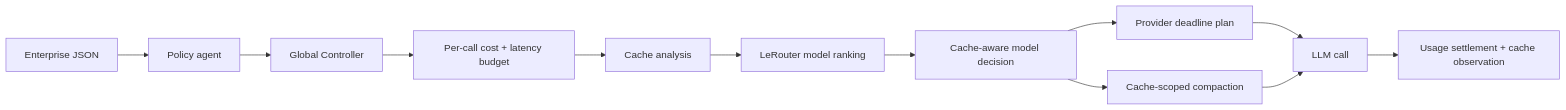
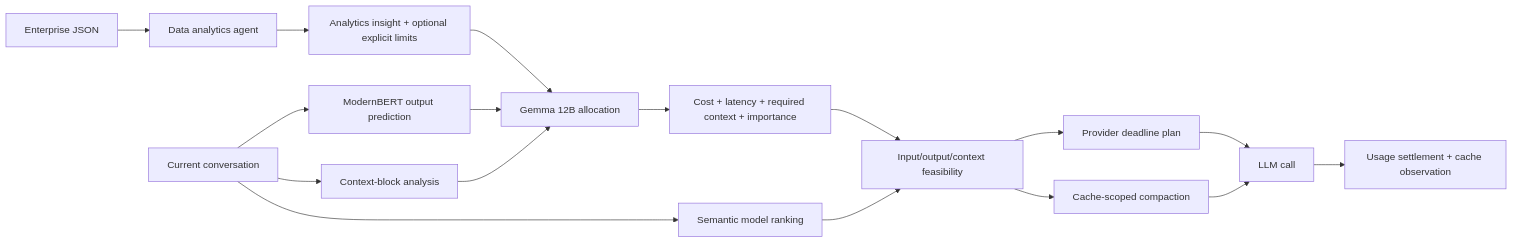
One commit to PythonIaMath/PromptRail changed the diagram in README.md. Above: the diagram before and after it, drawn with Mermaid. The commit also changed other lines of this file and 66 other files, not shown here.

````diff
--- a/README.md
+++ b/README.md
@@ -24,14 +31,19 @@
 ```mermaid
 flowchart LR
-    JSON[Enterprise JSON] --> PA[Policy agent]
-    PA --> GC[Global Controller]
-    GC --> B[Per-call cost + latency budget]
-    B --> C[Cache analysis]
-    C --> LR[LeRouter model ranking]
-    LR --> MR[Cache-aware model decision]
+    JSON[Enterprise JSON] --> DA[Data analytics agent]
+    DA --> I[Analytics insight + optional explicit limits]
+    M[Current conversation] --> P[ModernBERT output prediction]
+    M --> C[Context-block analysis]
+    M --> LR[Semantic model ranking]
+    P --> G[Gemma 12B allocation]
+    C --> G
+    I --> G
+    G --> B[Cost + latency + required context + importance]
+    B --> MR[Input/output/context feasibility]
+    LR --> MR
     MR --> PR[Provider deadline plan]
     MR --> CC[Cache-scoped compaction]
     PR --> LLM[LLM call]
     CC --> LLM
     LLM --> U[Usage settlement + cache observation]
 ```
````
